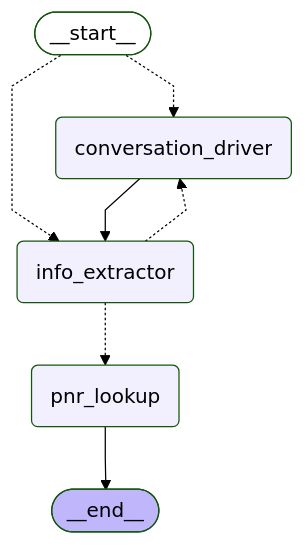
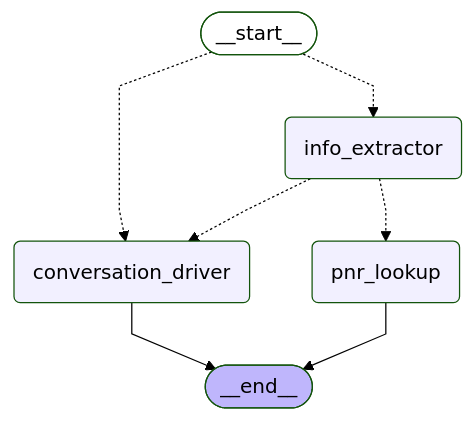
One commit to nagyist/agentic-ai-usecases changed the diagram in advanced/flight-booking-assistant/graph/pnr_subgraph.md. Above: the diagram before and after it, drawn with Mermaid (forest theme). The commit also changed 3 other files, not shown here.

Commit message:
updated graphs

````diff
--- a/advanced/flight-booking-assistant/graph/pnr_subgraph.md
+++ b/advanced/flight-booking-assistant/graph/pnr_subgraph.md
@@ -3,23 +3,23 @@
 ```mermaid
 ---
 config:
   flowchart:
     curve: linear
 ---
 graph TD;
 	__start__([<p>__start__</p>]):::first
 	conversation_driver(conversation_driver)
 	info_extractor(info_extractor)
 	pnr_lookup(pnr_lookup)
 	__end__([<p>__end__</p>]):::last
 	__start__ -.-> conversation_driver;
 	__start__ -.-> info_extractor;
-	conversation_driver --> info_extractor;
 	info_extractor -.-> conversation_driver;
 	info_extractor -.-> pnr_lookup;
+	conversation_driver --> __end__;
 	pnr_lookup --> __end__;
 	classDef default fill:#f2f0ff,line-height:1.2
 	classDef first fill-opacity:0
 	classDef last fill:#bfb6fc
 
 ```
````
